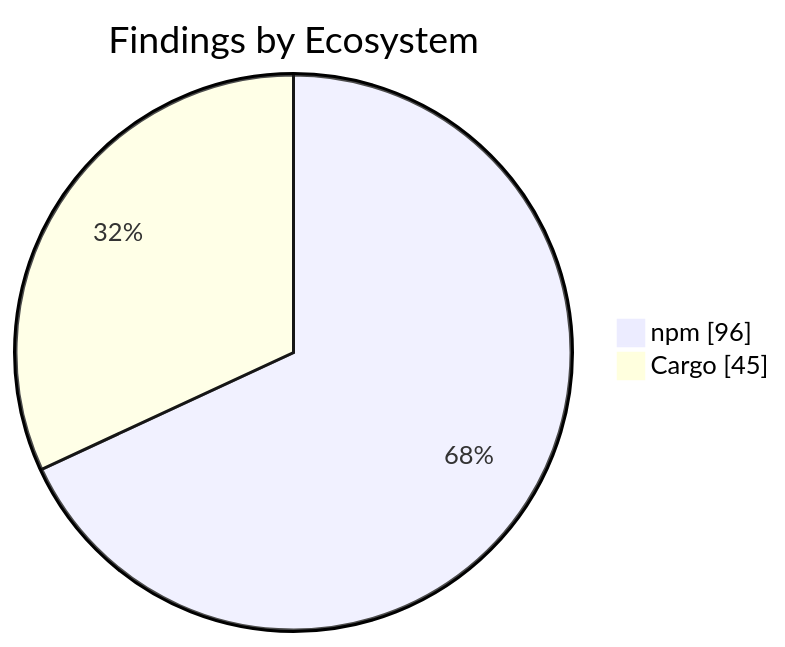
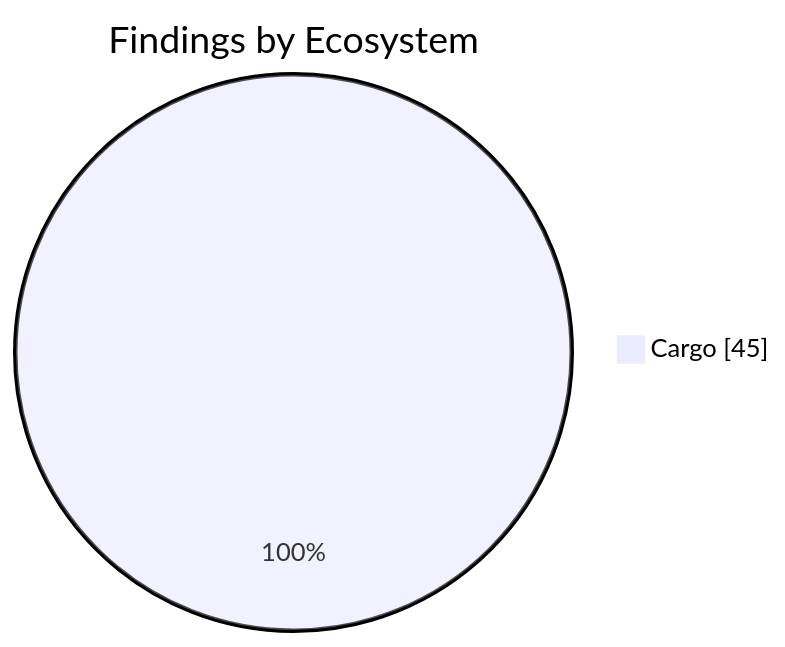
Before and after one commit to KBVE/kbve: the second of 2 diagrams in apps/kbve/astro-kbve/src/content/docs/dashboard/security.mdx, drawn with Mermaid. The commit also changed other lines of this file and 1 other file, not shown here.

````diff
--- a/apps/kbve/astro-kbve/src/content/docs/dashboard/security.mdx
+++ b/apps/kbve/astro-kbve/src/content/docs/dashboard/security.mdx
@@ -159,6 +156,5 @@
 ```mermaid
 pie showData
     title Findings by Ecosystem
-    "npm" : 96
     "Cargo" : 45
 ```
````
